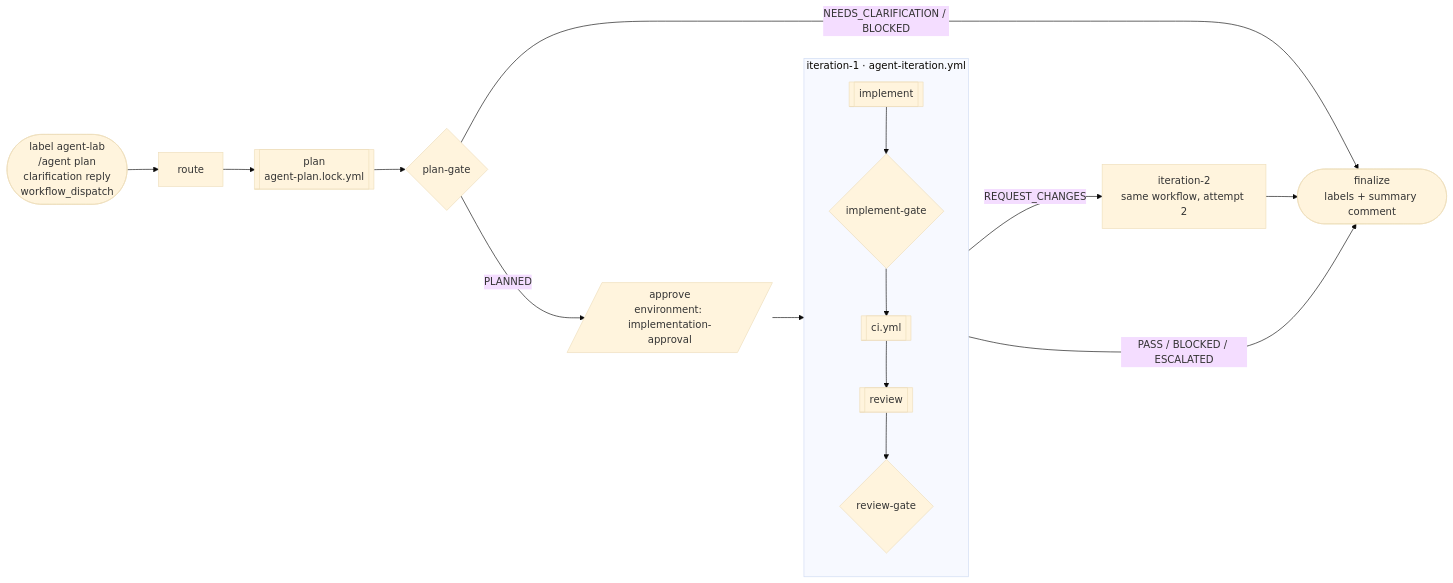
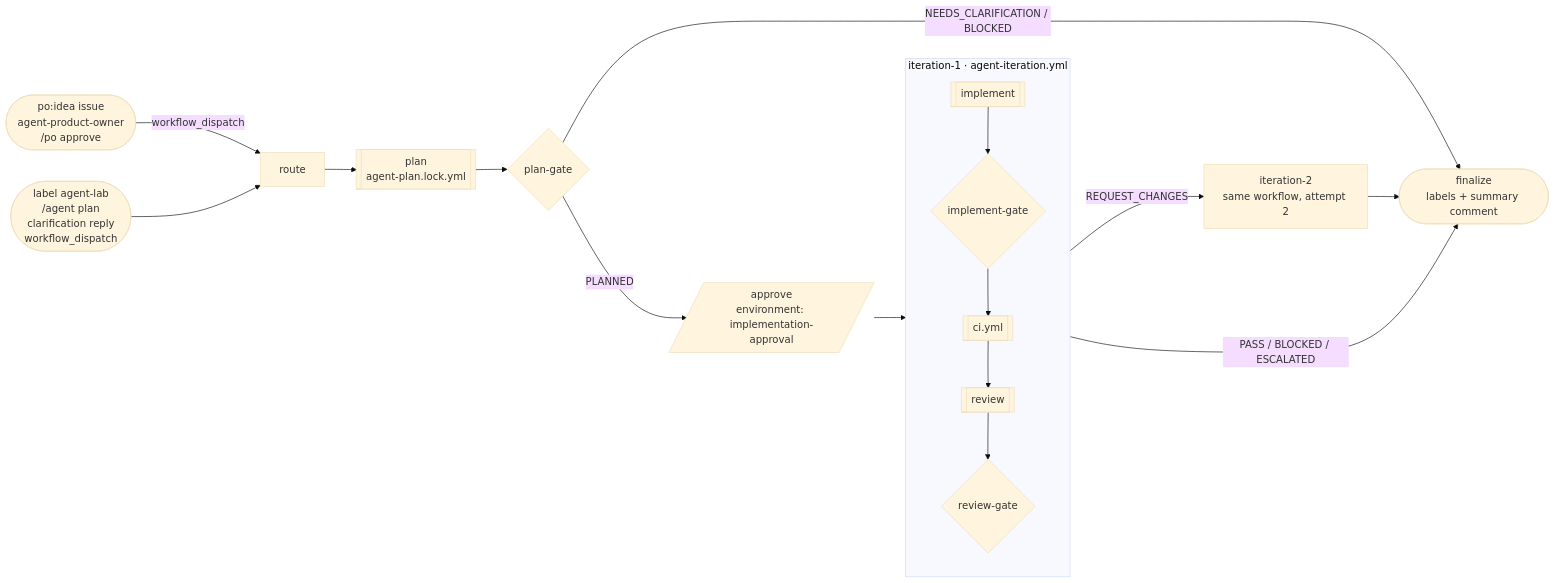
The diagram in docs/agent-handoffs/orchestration.md (LuisiitoDev/multiverse-explorer), drawn with Mermaid (base theme) before and after one commit. The commit also changed other lines of this file and 6 other files, not shown here.

First line of the commit message:
Add an issue-based Product Owner stage before the agent pipeline (#94)

````diff
--- a/docs/agent-handoffs/orchestration.md
+++ b/docs/agent-handoffs/orchestration.md
@@ -10,14 +32,15 @@
 ```mermaid
 flowchart LR
+  PO([po:idea issue<br/>agent-product-owner<br/>/po approve]) -- workflow_dispatch --> route
   T([label agent-lab<br/>/agent plan<br/>clarification reply<br/>workflow_dispatch]) --> route
   route --> plan[[plan<br/>agent-plan.lock.yml]] --> pg{plan-gate}
   pg -- NEEDS_CLARIFICATION / BLOCKED --> fin
   pg -- PLANNED --> ap[/approve<br/>environment: implementation-approval/]
   ap --> it1
   subgraph it1 [iteration-1 · agent-iteration.yml]
     impl[[implement]] --> ig{implement-gate} --> ci[[ci.yml]] --> rev[[review]] --> rg{review-gate}
   end
   it1 -- REQUEST_CHANGES --> it2[iteration-2<br/>same workflow, attempt 2]
   it1 -- PASS / BLOCKED / ESCALATED --> fin
   it2 --> fin([finalize<br/>labels + summary comment])
 ```
````
